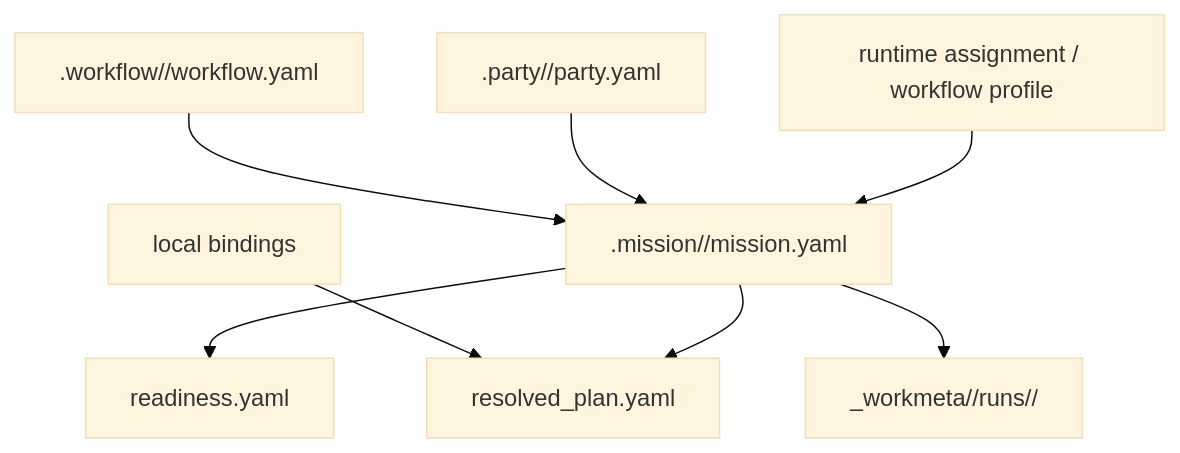
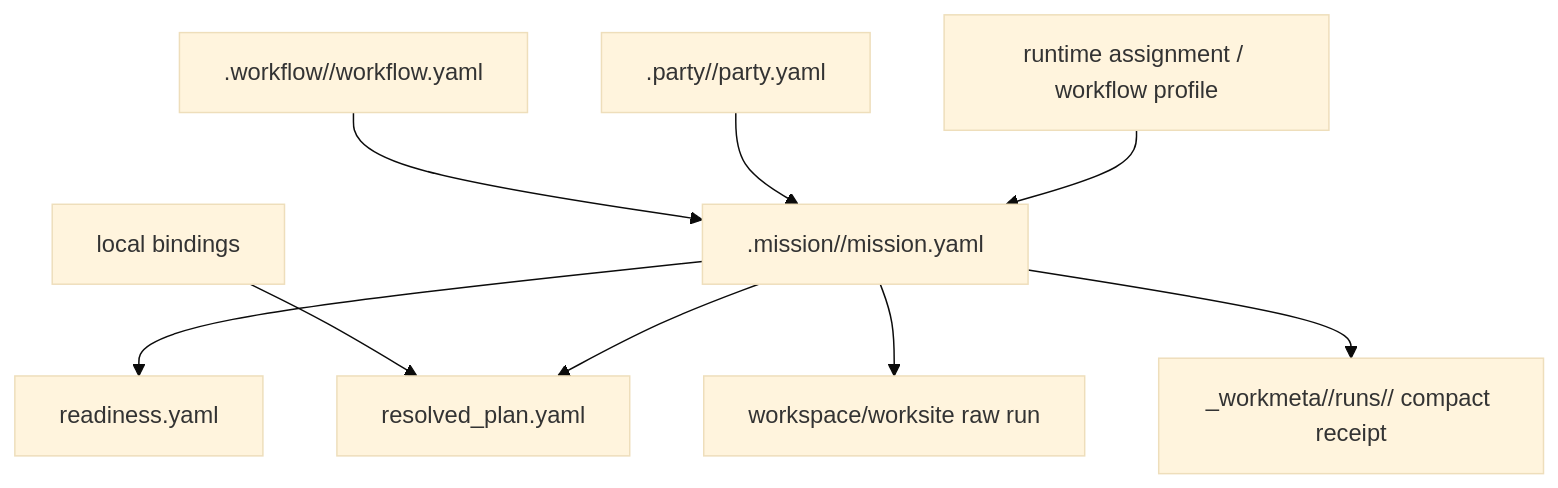
The first of 2 diagrams in docs/architecture/workspace/MISSION_MODEL.md (SungYongMOON/soulforge), drawn with Mermaid (base theme) before and after one commit. The commit also changed other lines of this file and 34 other files, not shown here.

````diff
--- a/docs/architecture/workspace/MISSION_MODEL.md
+++ b/docs/architecture/workspace/MISSION_MODEL.md
@@ -10,10 +10,11 @@
 ```mermaid
 flowchart TD
   WF[".workflow/<workflow_id>/workflow.yaml"] --> MI[".mission/<mission_id>/mission.yaml"]
   PT[".party/<party_id>/party.yaml"] --> MI
   U["runtime assignment / workflow profile"] --> MI
   B["local bindings"] --> RP["resolved_plan.yaml"]
   MI --> RD["readiness.yaml"]
   MI --> RP
-  MI --> WS["_workmeta/<project_code>/runs/<run_id>/"]
+  MI --> WS["workspace/worksite raw run"]
+  MI --> WM["_workmeta/<project_code>/runs/<run_id>/ compact receipt"]
 ```
````
